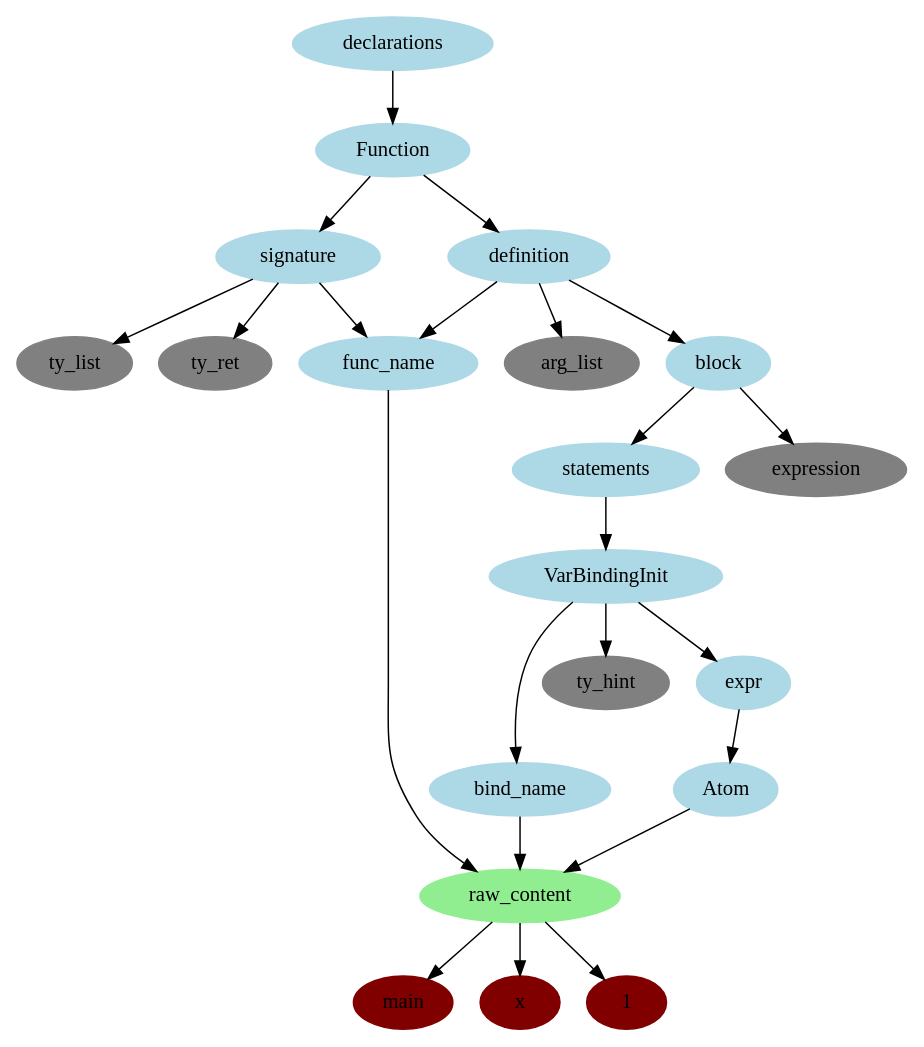
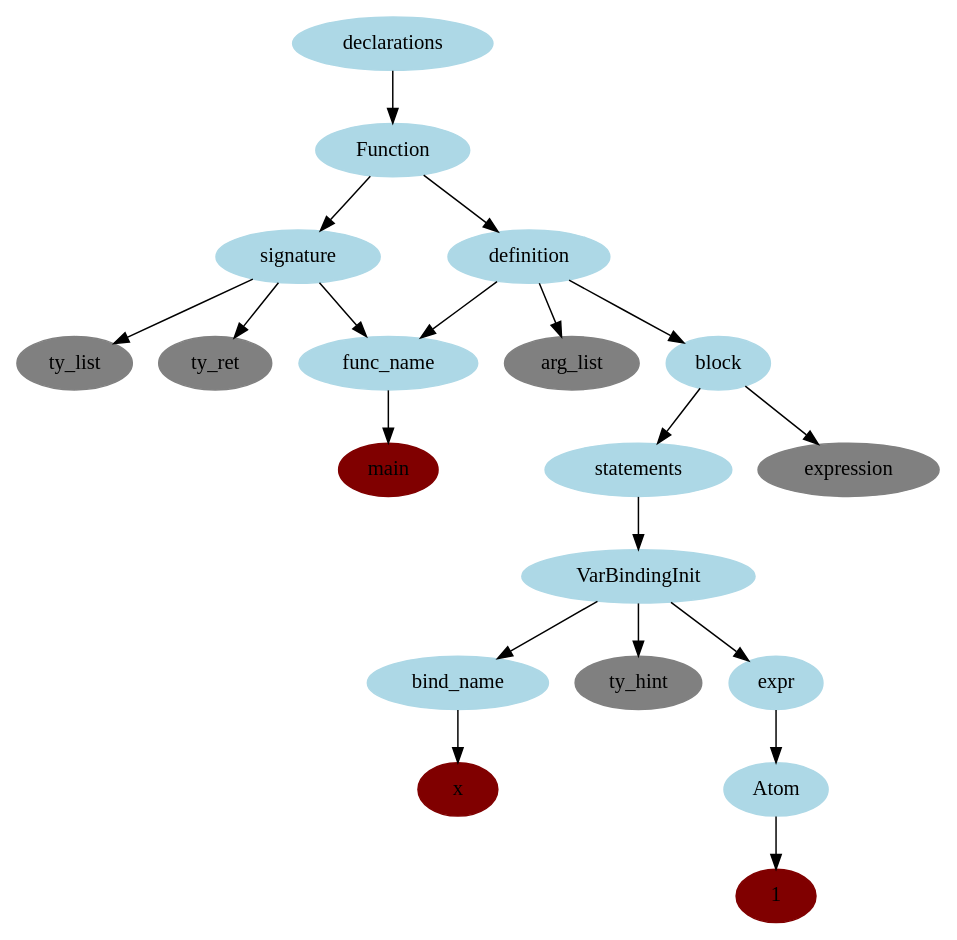
One commit to Daltonhensley19/AzaleaCapstone changed the diagram in ast_dump/Digraph.gv. Above: the diagram before and after it, drawn with Graphviz. The commit also changed 3 other files, not shown here.

```diff
--- a/ast_dump/Digraph.gv
+++ b/ast_dump/Digraph.gv
@@ -1,63 +1,55 @@
 strict digraph {
 	declarations [color=lightblue style=filled]
 	Function [color=lightblue style=filled]
 	declarations -> Function
 	Function [color=lightblue style=filled]
 	signature [color=lightblue style=filled]
 	Function -> signature
 	signature [color=lightblue style=filled]
 	func_name [color=lightblue style=filled]
 	signature -> func_name
 	func_name [color=lightblue style=filled]
-	raw_content [color=lightgreen style=filled]
 	main [color=maroon style=filled]
-	func_name -> raw_content
-	raw_content -> main
+	func_name -> main
 	signature -> ty_list
 	ty_list [color=grey style=filled]
 	signature -> ty_ret
 	ty_ret [color=grey style=filled]
 	Function [color=lightblue style=filled]
 	definition [color=lightblue style=filled]
 	Function -> definition
 	definition [color=lightblue style=filled]
 	func_name [color=lightblue style=filled]
 	definition -> func_name
 	func_name [color=lightblue style=filled]
-	raw_content [color=lightgreen style=filled]
 	main [color=maroon style=filled]
-	func_name -> raw_content
-	raw_content -> main
+	func_name -> main
 	definition -> arg_list
 	arg_list [color=grey style=filled]
 	definition [color=lightblue style=filled]
 	block [color=lightblue style=filled]
 	definition -> block
 	block -> statements
 	statements [color=lightblue style=filled]
 	VarBindingInit [color=lightblue style=filled]
 	statements -> VarBindingInit
 	VarBindingInit [color=lightblue style=filled]
 	bind_name [color=lightblue style=filled]
 	VarBindingInit -> bind_name
 	bind_name [color=lightblue style=filled]
-	raw_content [color=lightgreen style=filled]
 	x [color=maroon style=filled]
-	bind_name -> raw_content
-	raw_content -> x
+	bind_name -> x
 	VarBindingInit -> ty_hint
 	ty_hint [color=grey style=filled]
 	VarBindingInit [color=lightblue style=filled]
 	expr [color=lightblue style=filled]
 	VarBindingInit -> expr
 	expr [color=lightblue style=filled]
 	Atom [color=lightblue style=filled]
 	expr -> Atom
 	Atom [color=lightblue style=filled]
-	raw_content [color=lightgreen style=filled]
 	1 [color=maroon style=filled]
-	Atom -> raw_content
-	raw_content -> 1
+	Atom -> 1
 	block -> expression
 	expression [color=grey style=filled]
 }
```
